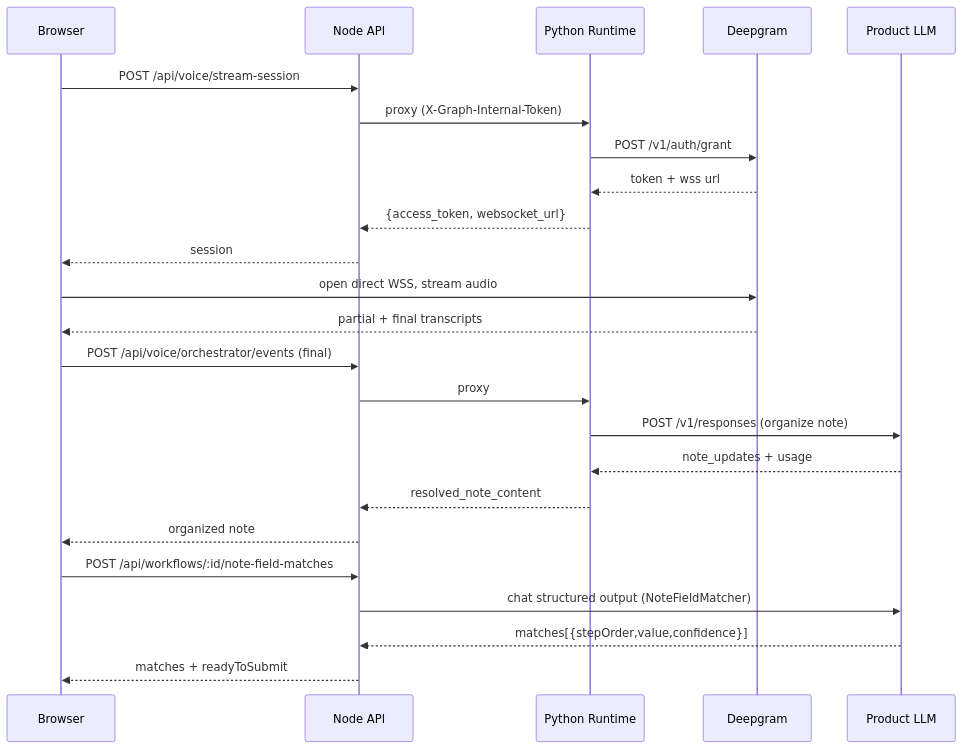
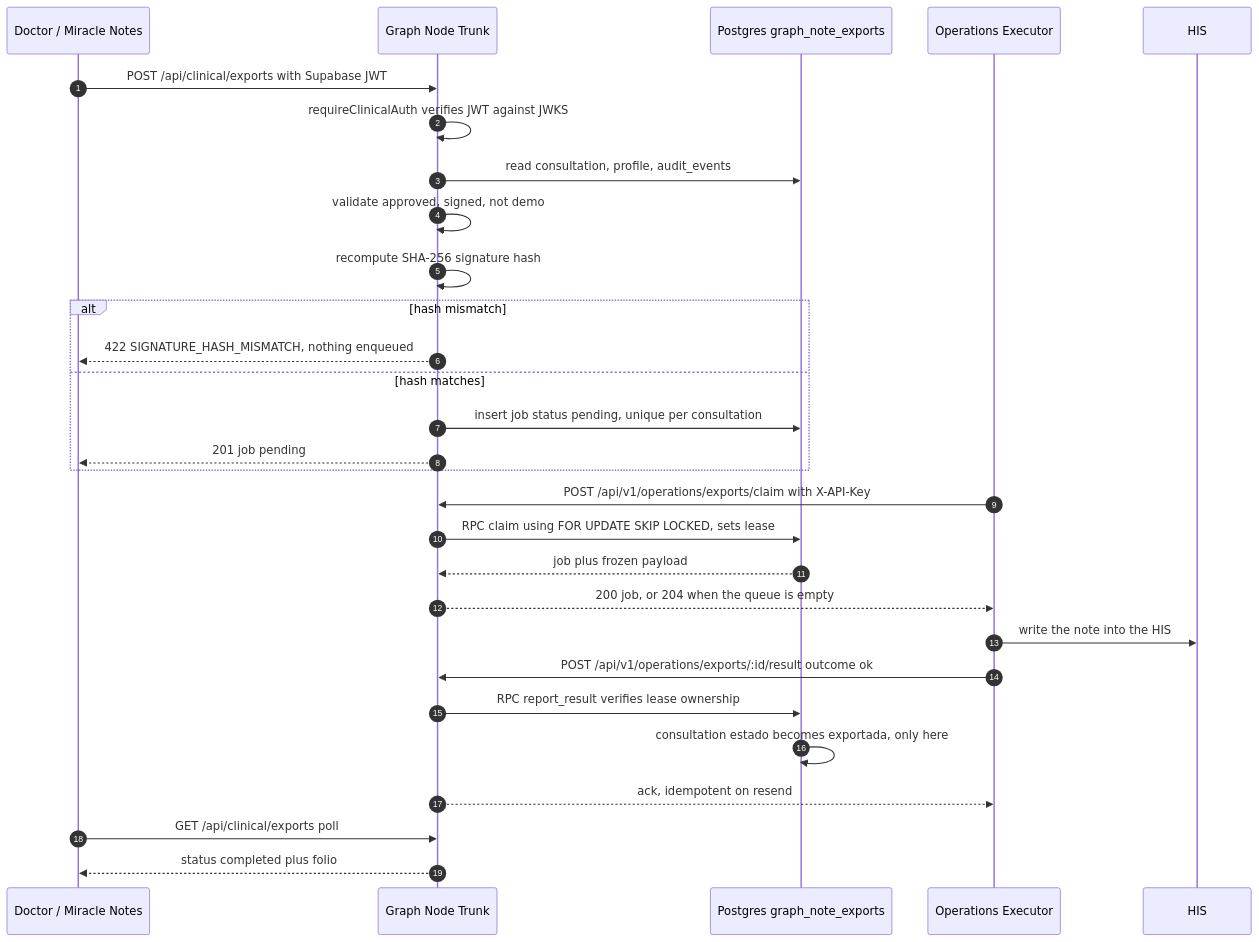
The third of 6 diagrams in graph/architecture-infrastructure.md (ZevCorp/Miracle), drawn with Mermaid before and after one commit. The commit also changed other lines of this file, not shown here.

````diff
--- a/graph/architecture-infrastructure.md
+++ b/graph/architecture-infrastructure.md
@@ -325,27 +587,34 @@
 ```mermaid
 sequenceDiagram
-    participant B as Browser
-    participant N as Node API
-    participant P as Python Runtime
-    participant D as Deepgram
-    participant L as Product LLM
+    autonumber
+    participant D as Doctor / Miracle Notes
+    participant G as Graph Node Trunk
+    participant P as Postgres graph_note_exports
+    participant E as Operations Executor
+    participant H as HIS
 
-    B->>N: POST /api/voice/stream-session
-    N->>P: proxy (X-Graph-Internal-Token)
-    P->>D: POST /v1/auth/grant
-    D-->>P: token + wss url
-    P-->>N: {access_token, websocket_url}
-    N-->>B: session
-    B->>D: open direct WSS, stream audio
-    D-->>B: partial + final transcripts
-    B->>N: POST /api/voice/orchestrator/events (final)
-    N->>P: proxy
-    P->>L: POST /v1/responses (organize note)
-    L-->>P: note_updates + usage
-    P-->>N: resolved_note_content
-    N-->>B: organized note
-    B->>N: POST /api/workflows/:id/note-field-matches
-    N->>L: chat structured output (NoteFieldMatcher)
-    L-->>N: matches[{stepOrder,value,confidence}]
-    N-->>B: matches + readyToSubmit
+    D->>G: POST /api/clinical/exports with Supabase JWT
+    G->>G: requireClinicalAuth verifies JWT against JWKS
+    G->>P: read consultation, profile, audit_events
+    G->>G: validate approved, signed, not demo
+    G->>G: recompute SHA-256 signature hash
+    alt hash mismatch
+        G-->>D: 422 SIGNATURE_HASH_MISMATCH, nothing enqueued
+    else hash matches
+        G->>P: insert job status pending, unique per consultation
+        G-->>D: 201 job pending
+    end
+
+    E->>G: POST /api/v1/operations/exports/claim with X-API-Key
+    G->>P: RPC claim using FOR UPDATE SKIP LOCKED, sets lease
+    P-->>G: job plus frozen payload
+    G-->>E: 200 job, or 204 when the queue is empty
+
+    E->>H: write the note into the HIS
+    E->>G: POST /api/v1/operations/exports/:id/result outcome ok
+    G->>P: RPC report_result verifies lease ownership
+    P->>P: consultation estado becomes exportada, only here
+    G-->>E: ack, idempotent on resend
+    D->>G: GET /api/clinical/exports poll
+    G-->>D: status completed plus folio
 ```
````
